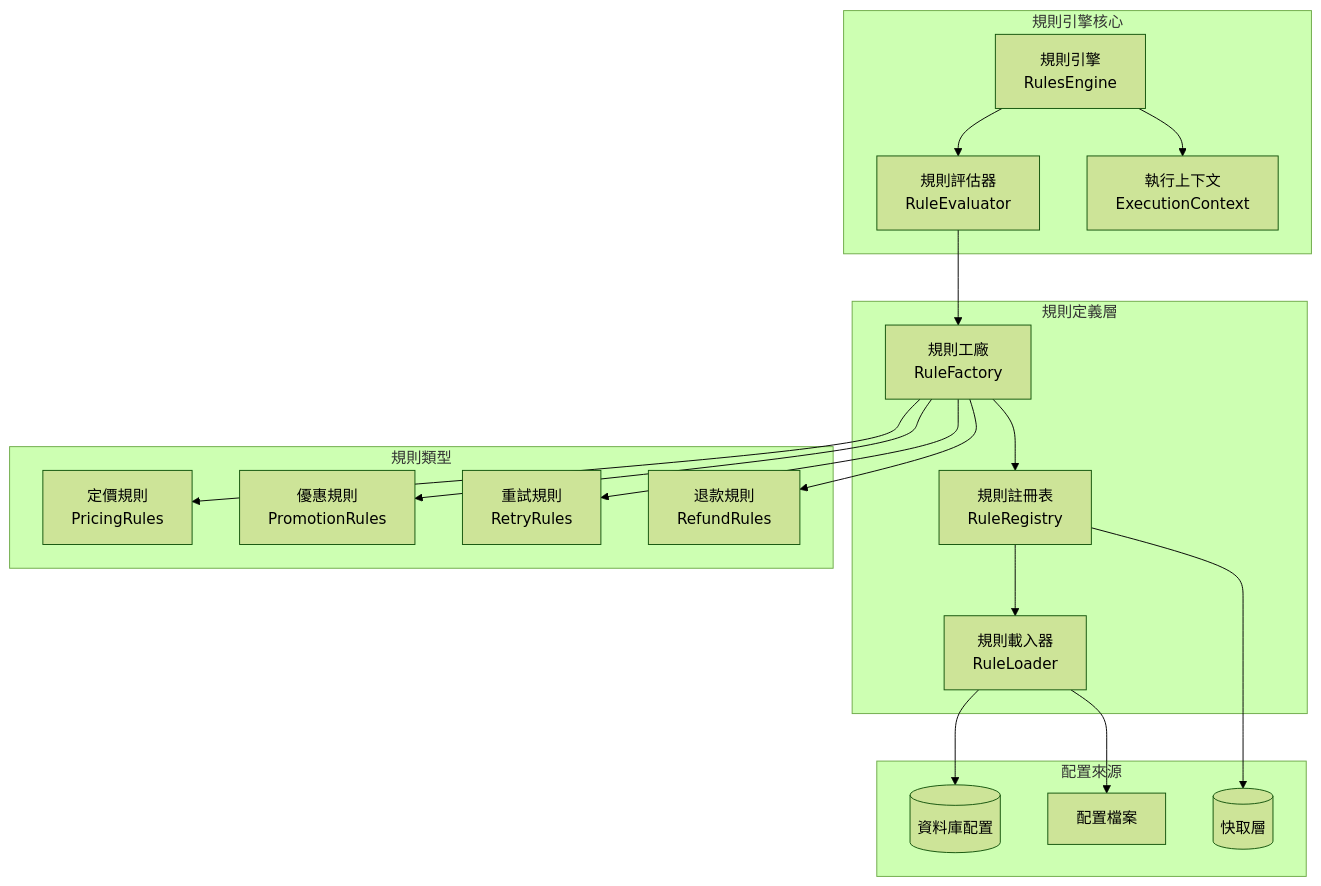
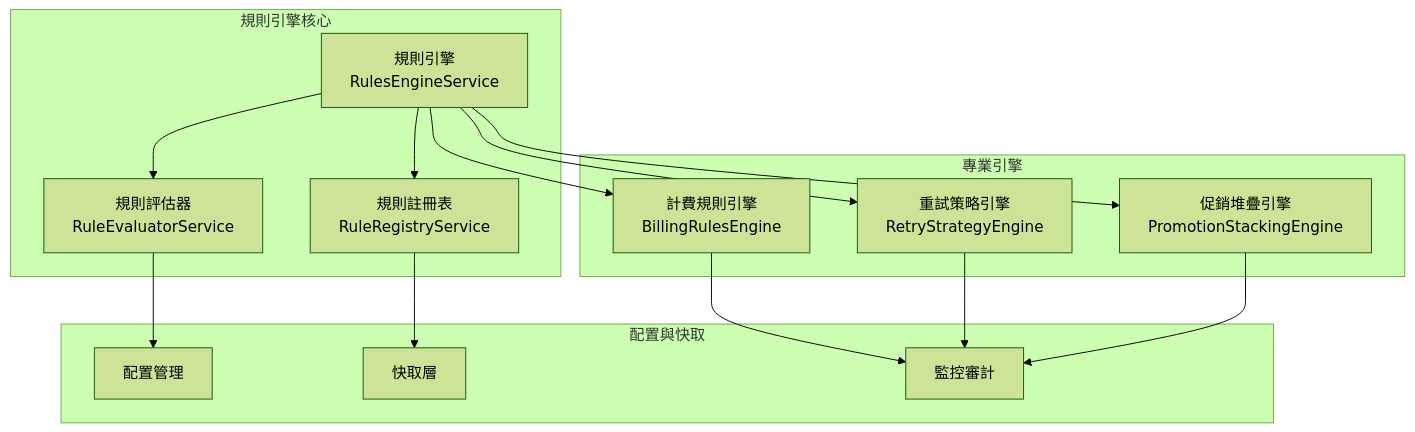
Before and after one commit to xxxhand/auto-payment-sample: the diagram in docs/architecture/business-rules-engine.md, drawn with Mermaid (forest theme). The commit also changed other lines of this file and 20 other files, not shown here.

````diff
--- a/docs/architecture/business-rules-engine.md
+++ b/docs/architecture/business-rules-engine.md
@@ -17,42 +17,33 @@
 ```mermaid
 graph TB
     subgraph "規則引擎核心"
-        ENGINE[規則引擎<br/>RulesEngine]
-        EVALUATOR[規則評估器<br/>RuleEvaluator]
-        CONTEXT[執行上下文<br/>ExecutionContext]
+        ENGINE[規則引擎<br/>RulesEngineService]
+        EVALUATOR[規則評估器<br/>RuleEvaluatorService]
+        REGISTRY[規則註冊表<br/>RuleRegistryService]
     end
     
-    subgraph "規則定義層"
-        FACTORY[規則工廠<br/>RuleFactory]
-        REGISTRY[規則註冊表<br/>RuleRegistry]
-        LOADER[規則載入器<br/>RuleLoader]
+    subgraph "專業引擎"
+        BILLING[計費規則引擎<br/>BillingRulesEngine]
+        RETRY[重試策略引擎<br/>RetryStrategyEngine]
+        PROMO[促銷堆疊引擎<br/>PromotionStackingEngine]
     end
     
-    subgraph "規則類型"
-        PRICING[定價規則<br/>PricingRules]
-        PROMO[優惠規則<br/>PromotionRules]
-        RETRY[重試規則<br/>RetryRules]
-        REFUND[退款規則<br/>RefundRules]
-    end
-    
-    subgraph "配置來源"
-        DATABASE[(資料庫配置)]
-        CONFIG[配置檔案]
-        CACHE[(快取層)]
+    subgraph "配置與快取"
+        CONFIG[配置管理]
+        CACHE[快取層]
+        MONITOR[監控審計]
     end
     
     ENGINE --> EVALUATOR
-    ENGINE --> CONTEXT
-    EVALUATOR --> FACTORY
-    FACTORY --> REGISTRY
-    REGISTRY --> LOADER
-    
-    LOADER --> DATABASE
-    LOADER --> CONFIG
+    ENGINE --> REGISTRY
+    EVALUATOR --> CONFIG
     REGISTRY --> CACHE
     
-    FACTORY --> PRICING
-    FACTORY --> PROMO
-    FACTORY --> RETRY
-    FACTORY --> REFUND
+    ENGINE --> BILLING
+    ENGINE --> RETRY
+    ENGINE --> PROMO
+    
+    BILLING --> MONITOR
+    RETRY --> MONITOR
+    PROMO --> MONITOR
 ```
````
